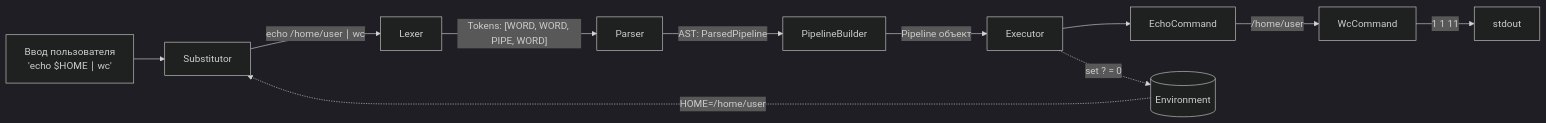
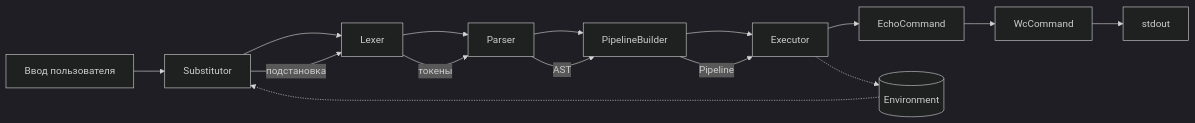
The fourth of 4 diagrams in docs/ARCHITECTURE.md (yv0vaa/SE-2026), drawn with Mermaid (dark theme) before and after one commit. The commit also changed other lines of this file, not shown here.

Commit message:
docs: fix diagramm rendering

````diff
--- a/docs/ARCHITECTURE.md
+++ b/docs/ARCHITECTURE.md
@@ -1196,14 +1151,17 @@
 ```mermaid
 flowchart LR
-    A[Ввод пользователя<br/>'echo $HOME ∣ wc'] --> B[Substitutor]
-    B -->|"echo /home/user ∣ wc"| C[Lexer]
-    C -->|"Tokens: [WORD, WORD, PIPE, WORD]"| D[Parser]
-    D -->|"AST: ParsedPipeline"| E[PipelineBuilder]
-    E -->|"Pipeline объект"| F[Executor]
+    A[Ввод пользователя] --> B[Substitutor]
+    B --> C[Lexer]
+    C --> D[Parser]
+    D --> E[PipelineBuilder]
+    E --> F[Executor]
     F --> G[EchoCommand]
-    G -->|"/home/user\n"| H[WcCommand]
-    H -->|"1 1 11\n"| I[stdout]
-    
-    ENV[(Environment)] -.->|"HOME=/home/user"| B
-    F -.->|"set ? = 0"| ENV
+    G --> H[WcCommand]
+    H --> I[stdout]
+    B -->|подстановка| C
+    C -->|токены| D
+    D -->|AST| E
+    E -->|Pipeline| F
+    ENV[(Environment)] -.-> B
+    F -.-> ENV
 ```
````
